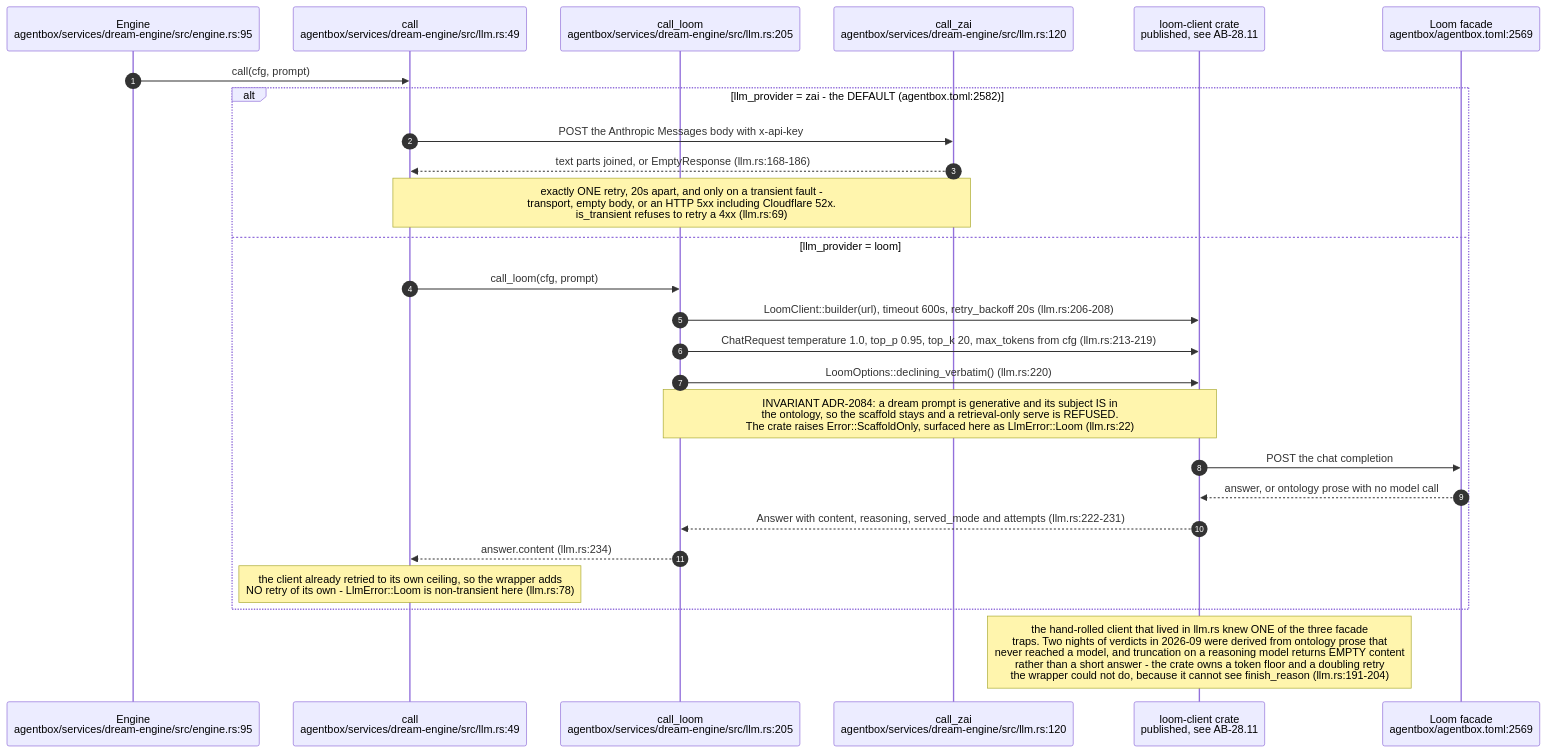
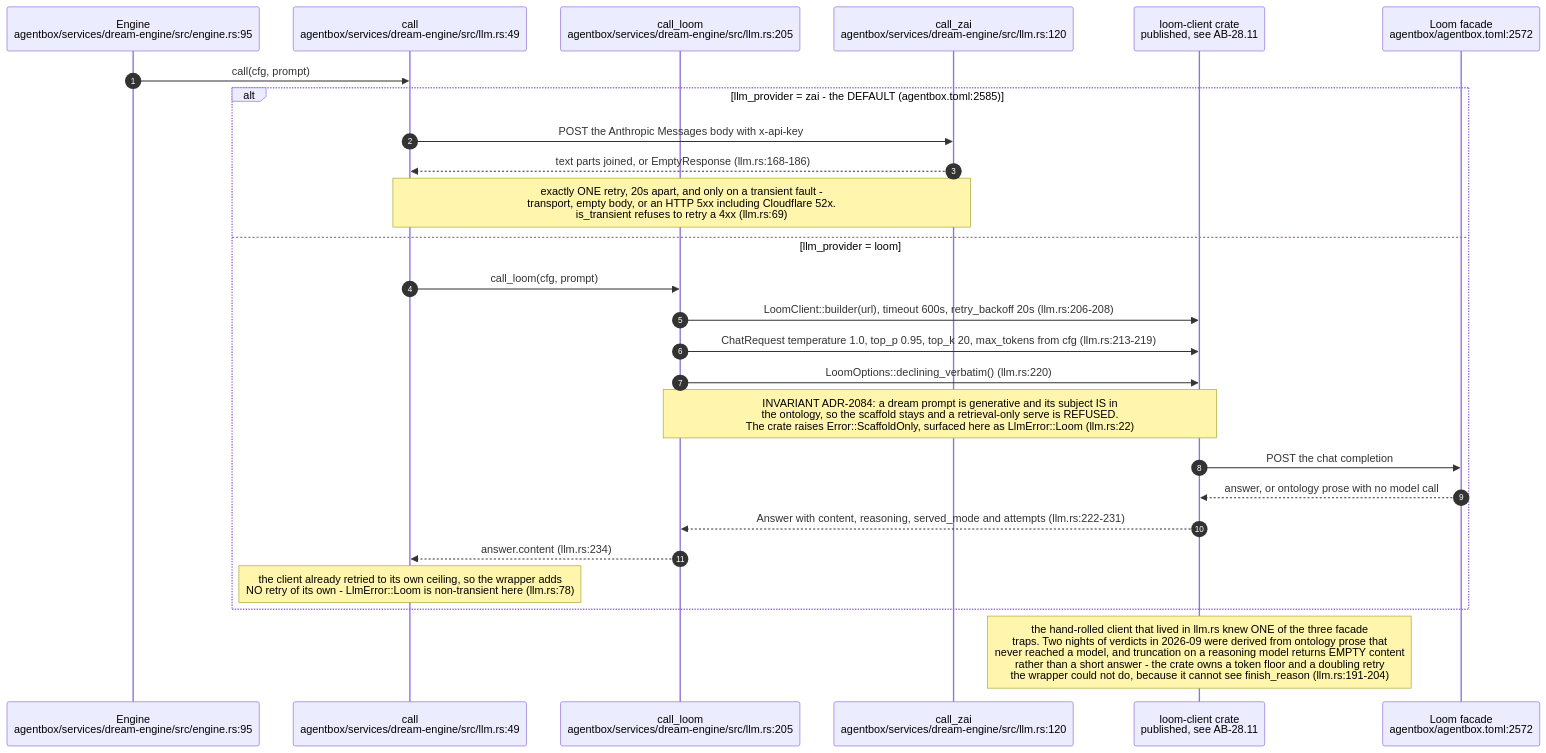
One commit to DreamLab-AI/VisionFlow changed diagram 15 of 22 in docs/diagrams/agentbox/23-dream-engine.md. Above: the diagram before and after it, drawn with Mermaid. The commit also changed other lines of this file and 142 other files, not shown here.

First line of the commit message:
docs(diagrams): one System One route; re-verify 140 topics at today's heads

````diff
--- a/docs/diagrams/agentbox/23-dream-engine.md
+++ b/docs/diagrams/agentbox/23-dream-engine.md
@@ -801,29 +801,29 @@
 ```mermaid
 sequenceDiagram
     autonumber
     participant ENG as Engine<br/>agentbox/services/dream-engine/src/engine.rs:95
     participant CALL as call<br/>agentbox/services/dream-engine/src/llm.rs:49
     participant LOOM as call_loom<br/>agentbox/services/dream-engine/src/llm.rs:205
     participant ZAI as call_zai<br/>agentbox/services/dream-engine/src/llm.rs:120
     participant CRATE as loom-client crate<br/>published, see AB-28.11
-    participant F as Loom facade<br/>agentbox/agentbox.toml:2569
+    participant F as Loom facade<br/>agentbox/agentbox.toml:2572
 
     ENG->>CALL: call(cfg, prompt)
-    alt llm_provider = zai - the DEFAULT (agentbox.toml:2582)
+    alt llm_provider = zai - the DEFAULT (agentbox.toml:2585)
         CALL->>ZAI: POST the Anthropic Messages body with x-api-key
         ZAI-->>CALL: text parts joined, or EmptyResponse (llm.rs:168-186)
         Note over CALL,ZAI: exactly ONE retry, 20s apart, and only on a transient fault -<br/>transport, empty body, or an HTTP 5xx including Cloudflare 52x.<br/>is_transient refuses to retry a 4xx (llm.rs:69)
     else llm_provider = loom
         CALL->>LOOM: call_loom(cfg, prompt)
         LOOM->>CRATE: LoomClient::builder(url), timeout 600s, retry_backoff 20s (llm.rs:206-208)
         LOOM->>CRATE: ChatRequest temperature 1.0, top_p 0.95, top_k 20, max_tokens from cfg (llm.rs:213-219)
         LOOM->>CRATE: LoomOptions::declining_verbatim() (llm.rs:220)
         Note over LOOM,CRATE: INVARIANT ADR-2084: a dream prompt is generative and its subject IS in<br/>the ontology, so the scaffold stays and a retrieval-only serve is REFUSED.<br/>The crate raises Error::ScaffoldOnly, surfaced here as LlmError::Loom (llm.rs:22)
         CRATE->>F: POST the chat completion
         F-->>CRATE: answer, or ontology prose with no model call
         CRATE-->>LOOM: Answer with content, reasoning, served_mode and attempts (llm.rs:222-231)
         LOOM-->>CALL: answer.content (llm.rs:234)
         Note over CALL: the client already retried to its own ceiling, so the wrapper adds<br/>NO retry of its own - LlmError::Loom is non-transient here (llm.rs:78)
     end
     Note over CRATE: the hand-rolled client that lived in llm.rs knew ONE of the three facade<br/>traps. Two nights of verdicts in 2026-09 were derived from ontology prose that<br/>never reached a model, and truncation on a reasoning model returns EMPTY content<br/>rather than a short answer - the crate owns a token floor and a doubling retry<br/>the wrapper could not do, because it cannot see finish_reason (llm.rs:191-204)
 ```
````
